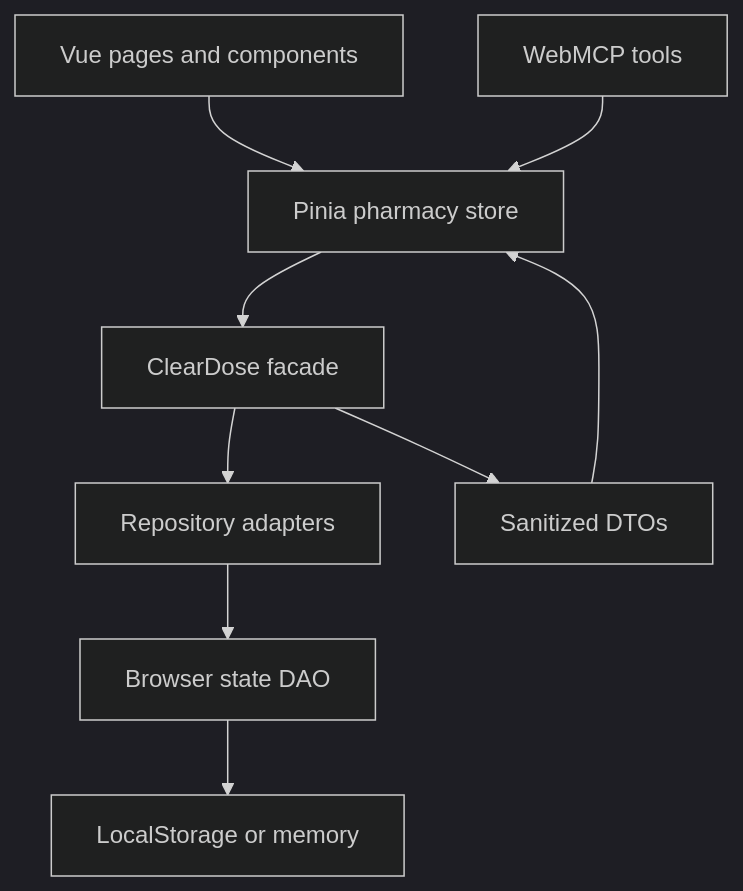
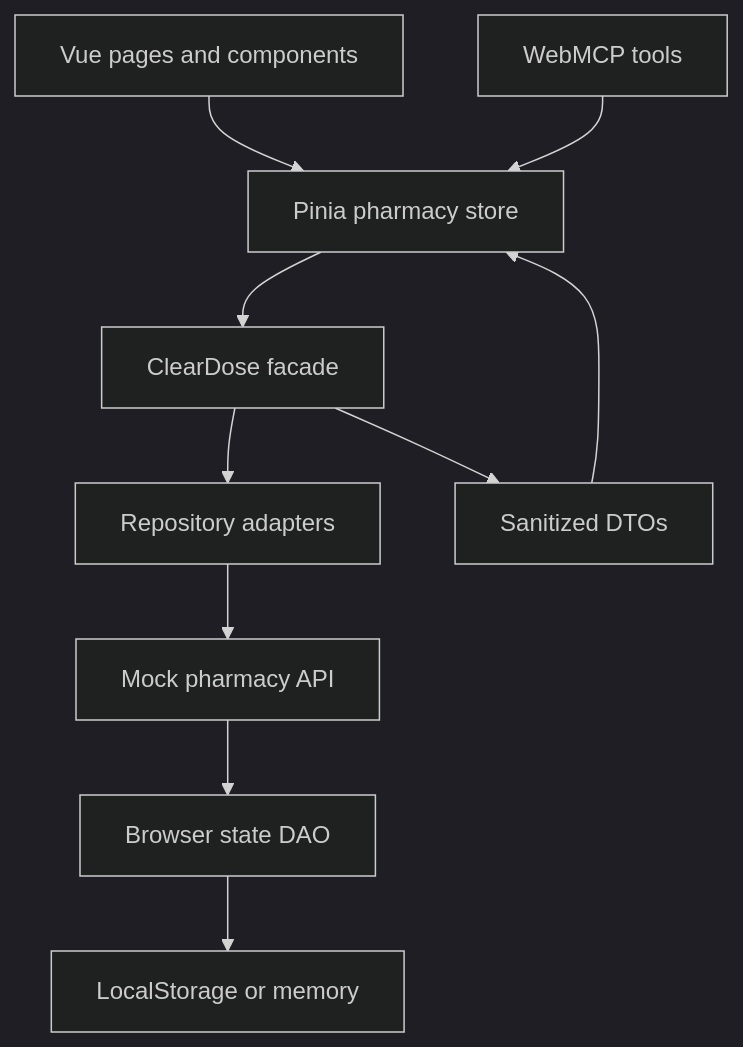
One commit to bclonan/cleardose changed the diagram in docs/ARCHITECTURE.md. Above: the diagram before and after it, drawn with Mermaid (dark theme). The commit also changed other lines of this file and 50 other files, not shown here.

````diff
--- a/docs/ARCHITECTURE.md
+++ b/docs/ARCHITECTURE.md
@@ -3,11 +3,12 @@
 ```mermaid
 flowchart TD
   UI[Vue pages and components] --> Store[Pinia pharmacy store]
   Tools[WebMCP tools] --> Store
   Store --> Facade[ClearDose facade]
   Facade --> Repos[Repository adapters]
-  Repos --> DAO[Browser state DAO]
+  Repos --> API[Mock pharmacy API]
+  API --> DAO[Browser state DAO]
   DAO --> Storage[LocalStorage or memory]
   Facade --> DTO[Sanitized DTOs]
   DTO --> Store
 ```
````
